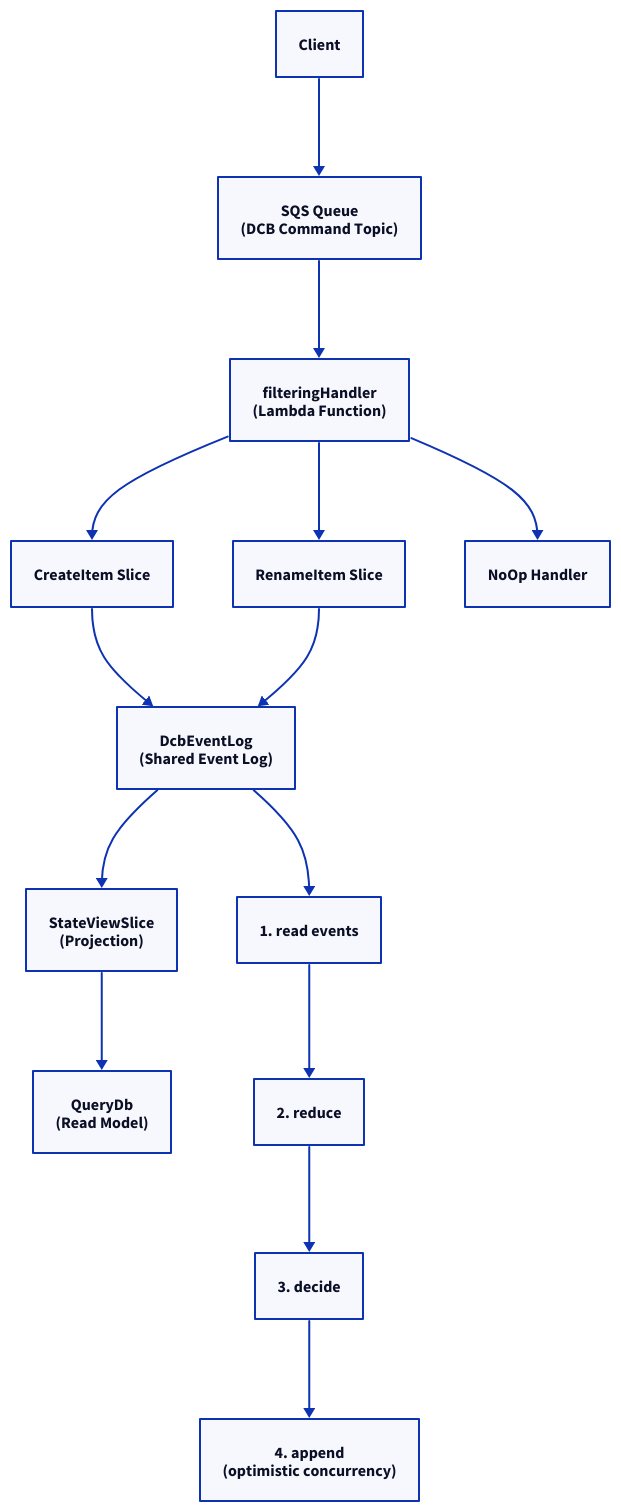
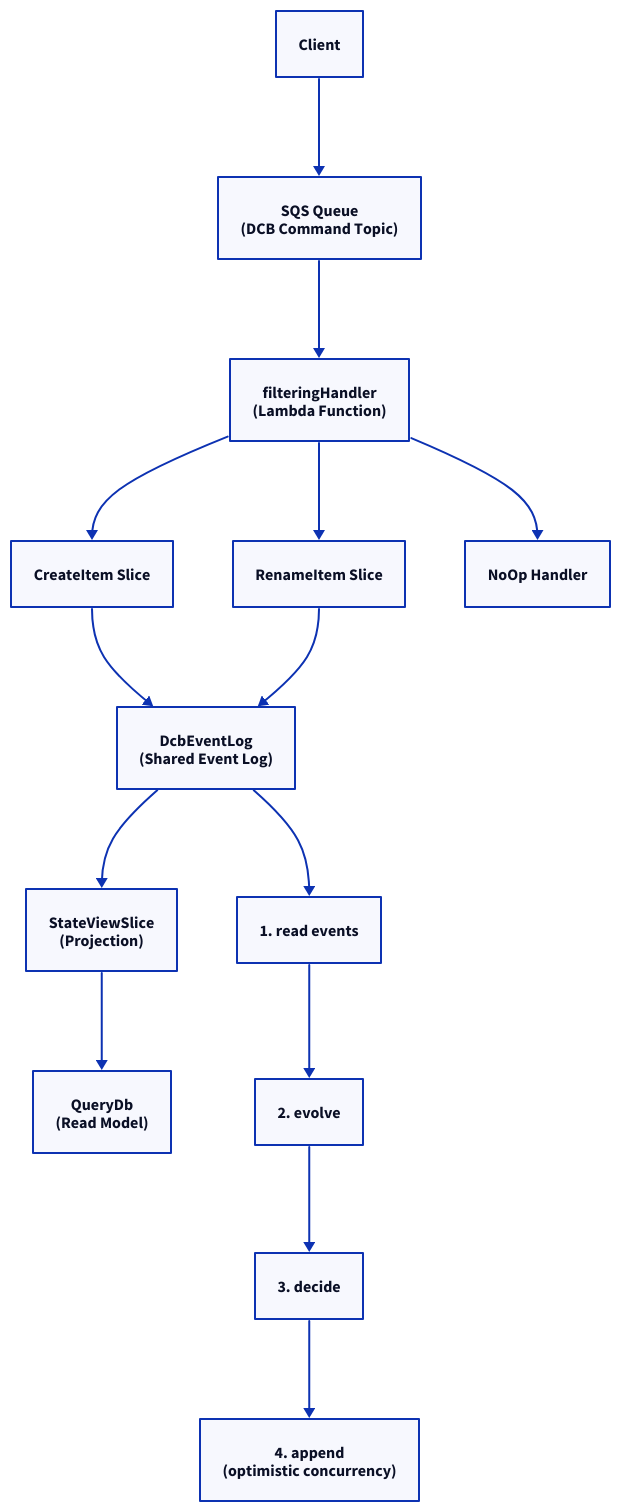
The diagram in packages/doc/docs-app/concepts/dcb.md (ReventlessDev/reventless-core), drawn with D2 before and after one commit. The commit also changed other lines of this file and 32 other files, not shown here.

````diff
--- a/packages/doc/docs-app/concepts/dcb.md
+++ b/packages/doc/docs-app/concepts/dcb.md
@@ -12,29 +12,29 @@
 ```d2
 Client: Client { class: client }
 SQS: "SQS Queue\n(DCB Command Topic)" { class: command-topic }
 Handler: "filteringHandler\n(Lambda Function)"
 Slice1: CreateItem Slice { class: state-change-slice }
 Slice2: RenameItem Slice { class: state-change-slice }
 Handler3: NoOp Handler
 EventLog: "DcbEventLog\n(Shared Event Log)" { class: dcb-event-log }
 ViewSlice: "StateViewSlice\n(Projection)" { class: state-view-slice }
 QueryDb: "QueryDb\n(Read Model)" { class: query-db }
 Read: 1. read events
-Reduce: 2. reduce
+Evolve: 2. evolve
 Decide: 3. decide
 Append: "4. append\n(optimistic concurrency)"
 
 Client -> SQS: { class: command-flow }
 SQS -> Handler: { class: command-flow }
 Handler -> Slice1: { class: command-flow }
 Handler -> Slice2: { class: command-flow }
 Handler -> Handler3: { class: command-flow }
 Slice1 -> EventLog: { class: event-flow }
 Slice2 -> EventLog: { class: event-flow }
 EventLog -> ViewSlice: { class: projection-flow }
 ViewSlice -> QueryDb: { class: projection-flow }
 EventLog -> Read
-Read -> Reduce
-Reduce -> Decide
+Read -> Evolve
+Evolve -> Decide
 Decide -> Append
 ```
````
